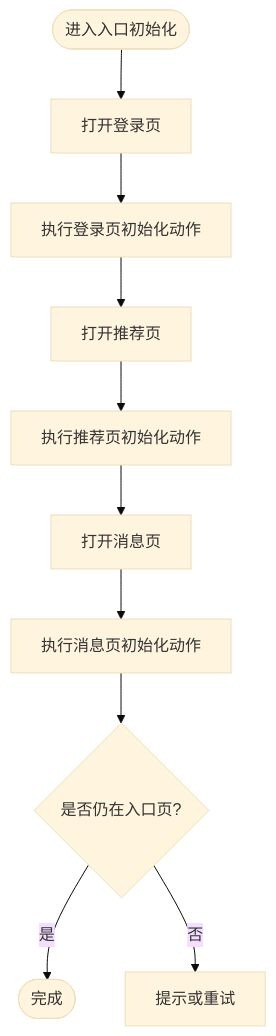
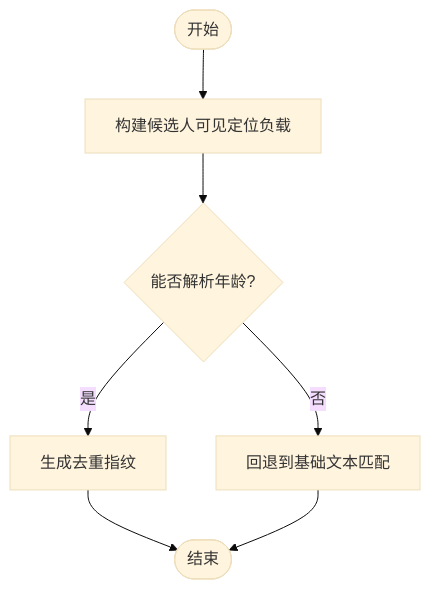
Before and after one commit to alvinwangzi/goodhr: the third of 10 diagrams in .qoder/repowiki/zh/content/系统架构/本地Agent架构/平台适配器系统/智联招聘适配器.md, drawn with Mermaid (base theme). The commit also changed other lines of this file and 149 other files, not shown here.

````diff
--- a/.qoder/repowiki/zh/content/系统架构/本地Agent架构/平台适配器系统/智联招聘适配器.md
+++ b/.qoder/repowiki/zh/content/系统架构/本地Agent架构/平台适配器系统/智联招聘适配器.md
@@ -173,12 +173,9 @@
 ```mermaid
 flowchart TD
-Start(["进入入口初始化"]) --> OpenLogin["打开登录页"]
-OpenLogin --> InitLogin["执行登录页初始化动作"]
-InitLogin --> OpenEntry["打开推荐页"]
-OpenEntry --> InitEntry["执行推荐页初始化动作"]
-InitEntry --> OpenMsg["打开消息页"]
-OpenMsg --> InitMsg["执行消息页初始化动作"]
-InitMsg --> CheckEntry{"是否仍在入口页?"}
-CheckEntry --> |是| Done(["完成"])
-CheckEntry --> |否| Handle["提示或重试"]
+Start(["开始"]) --> BuildPayload["构建候选人可见定位负载"]
+BuildPayload --> AgeParse{"能否解析年龄?"}
+AgeParse --> |是| Fingerprint["生成去重指纹"]
+AgeParse --> |否| Fallback["回退到基础文本匹配"]
+Fingerprint --> End(["结束"])
+Fallback --> End
 ```
````
